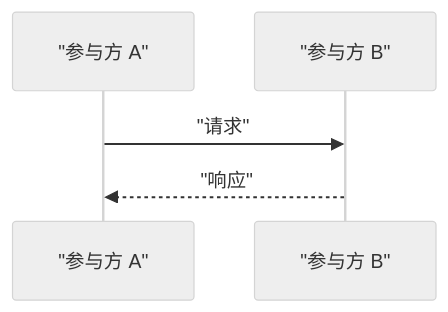
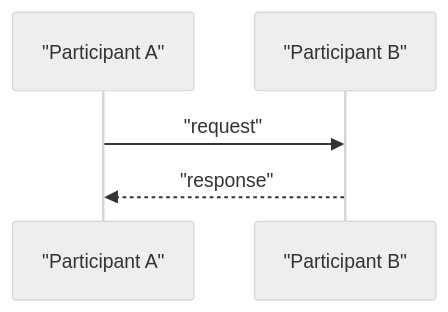
The diagram in templates/diagrams/_TEMPLATE__SEQUENCE.md (RobiNexy/agent-coldstart-scaffold), drawn with Mermaid (neutral theme) before and after one commit. The commit also changed other lines of this file and 35 other files, not shown here.

````diff
--- a/templates/diagrams/_TEMPLATE__SEQUENCE.md
+++ b/templates/diagrams/_TEMPLATE__SEQUENCE.md
@@ -5,8 +5,8 @@
 ```mermaid
 sequenceDiagram
-    participant A as "参与方 A"
-    participant B as "参与方 B"
+    participant A as "Participant A"
+    participant B as "Participant B"
 
-    A->>B: "请求"
-    B-->>A: "响应"
+    A->>B: "request"
+    B-->>A: "response"
 ```
````
